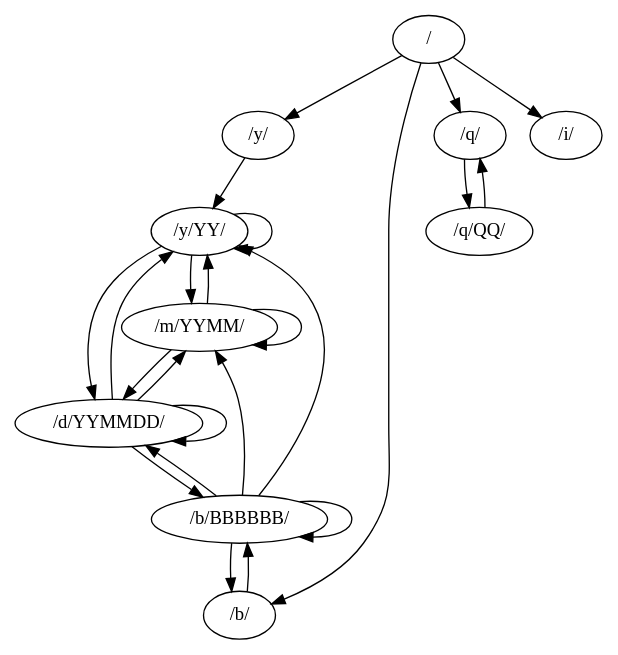
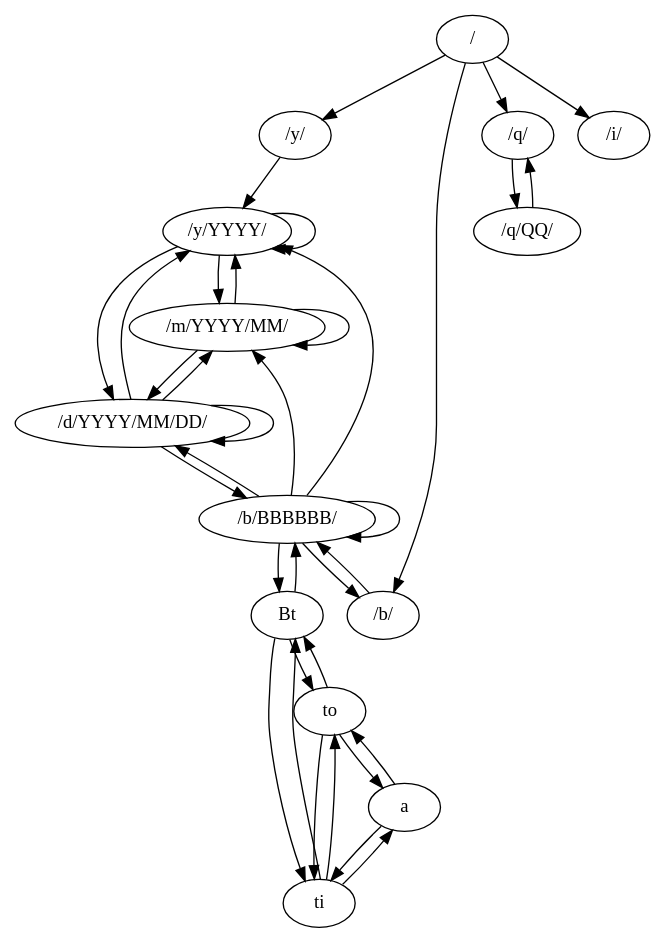
Before and after one commit to tieugene/bceweb: the diagram in doc/xlinx.dot, drawn with Graphviz. The commit also changed 13 other files, not shown here.

```diff
--- a/doc/xlinx.dot
+++ b/doc/xlinx.dot
@@ -1,22 +1,26 @@
 digraph bceweb {
 
   h [label="/"];
   y [label="/y/"];
-  Y [label="/y/YY/"];
-  M [label="/m/YYMM/"];
-  D [label="/d/YYMMDD/"];
+  Y [label="/y/YYYY/"];
+  M [label="/m/YYYY/MM/"];
+  D [label="/d/YYYY/MM/DD/"];
   b [label="/b/"];
   B [label="/b/BBBBBB/"];
   q [label="/q/"];
   Q [label="/q/QQ/"];
   i [label="/i/"];
 
   h -> {y, b, q, i};
   y -> Y;
   Y -> {Y, M, D};
   M -> {Y, M, D};
   D -> {Y, M, D, B};
   B -> {Y, M, D, B};
   b -> B -> b;
+  B -> Bt -> B;
+  Bt -> {ti, to} -> Bt;
+  ti -> to -> ti;
+  {ti, to} -> a -> {ti, to};
   q -> Q -> q;
 }
```
